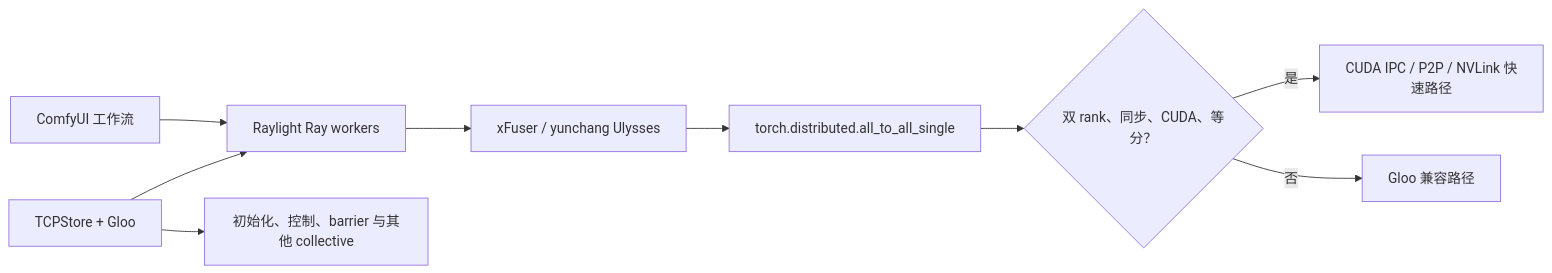
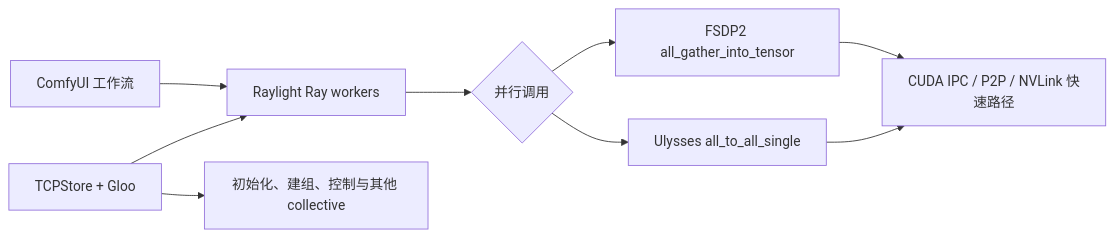
The diagram in README.md (getsomefuns/raylight-windows-v100-fsdp-p2p), drawn with Mermaid before and after one commit. The commit also changed other lines of this file and 69 other files, not shown here.

````diff
--- a/README.md
+++ b/README.md
@@ -286,11 +440,11 @@
 ```mermaid
 flowchart LR
     A["ComfyUI 工作流"] --> B["Raylight Ray workers"]
-    B --> C["xFuser / yunchang Ulysses"]
-    C --> D["torch.distributed.all_to_all_single"]
-    D --> E{"双 rank、同步、CUDA、等分？"}
-    E -->|是| F["CUDA IPC / P2P / NVLink 快速路径"]
-    E -->|否| G["Gloo 兼容路径"]
-    H["TCPStore + Gloo"] --> B
-    H --> I["初始化、控制、barrier 与其他 collective"]
+    B --> C{"并行调用"}
+    C --> D["FSDP2 all_gather_into_tensor"]
+    C --> E["Ulysses all_to_all_single"]
+    D --> F["CUDA IPC / P2P / NVLink 快速路径"]
+    E --> F
+    G["TCPStore + Gloo"] --> B
+    G --> H["初始化、建组、控制与其他 collective"]
 ```
````
